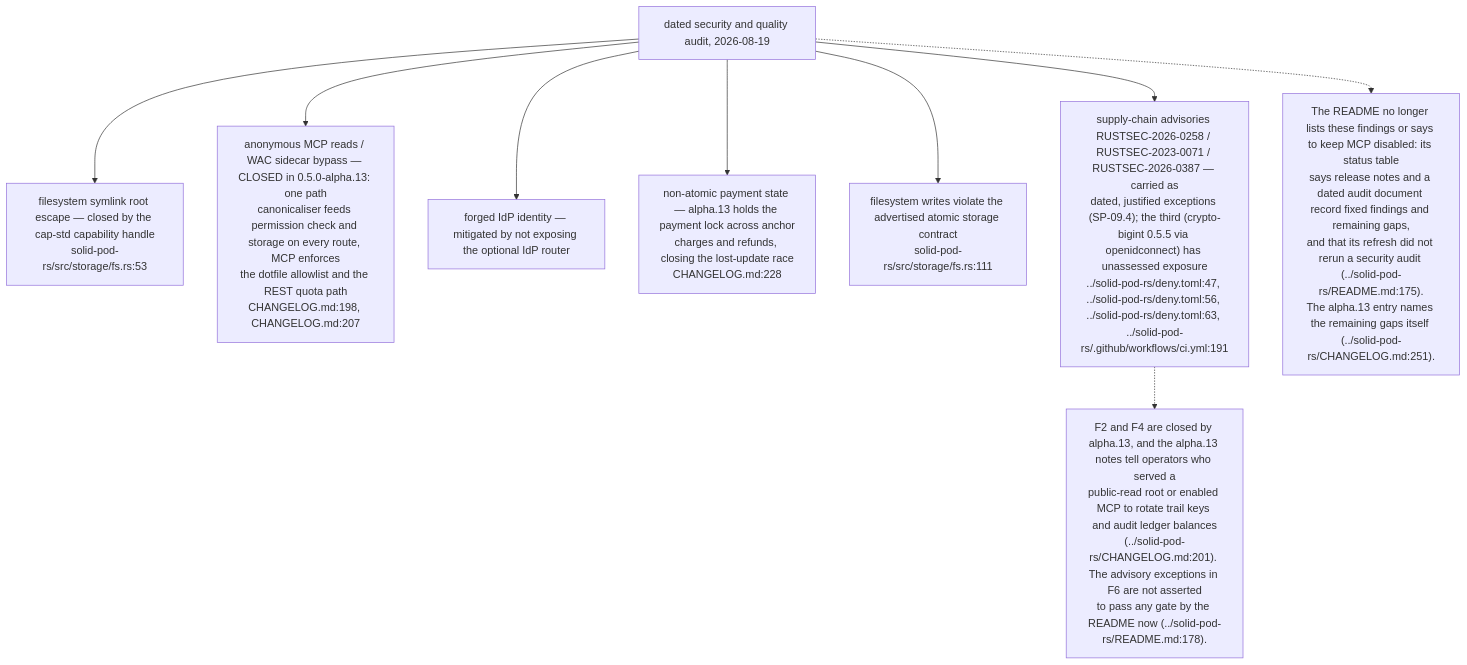
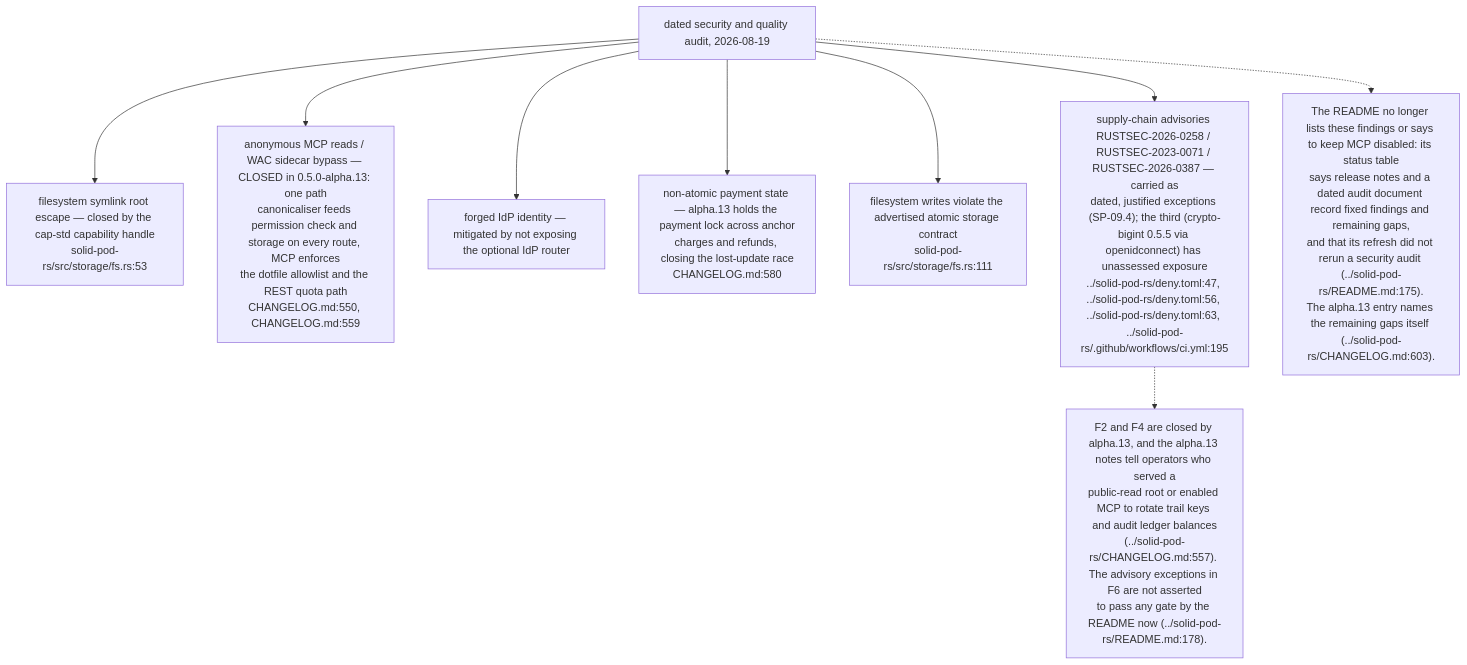
The eighth of 12 diagrams in docs/diagrams/solid-pod-rs/10-failure-modes-and-invariants.md (DreamLab-AI/VisionFlow), drawn with Mermaid before and after one commit. The commit also changed other lines of this file and 47 other files, not shown here.

First line of the commit message:
docs(audit): wave 1 completes Solid, loom and dream-machine; rebinds stale claims

````diff
--- a/docs/diagrams/solid-pod-rs/10-failure-modes-and-invariants.md
+++ b/docs/diagrams/solid-pod-rs/10-failure-modes-and-invariants.md
@@ -227,22 +245,22 @@
 ```mermaid
 flowchart TD
     A["dated security and quality audit, 2026-08-19"]
     F1["filesystem symlink root escape — closed by the cap-std capability handle<br/>solid-pod-rs/src/storage/fs.rs:53"]
-    F2["anonymous MCP reads / WAC sidecar bypass — CLOSED in 0.5.0-alpha.13: one path<br/>canonicaliser feeds permission check and storage on every route, MCP enforces<br/>the dotfile allowlist and the REST quota path<br/>CHANGELOG.md:198, CHANGELOG.md:207"]
+    F2["anonymous MCP reads / WAC sidecar bypass — CLOSED in 0.5.0-alpha.13: one path<br/>canonicaliser feeds permission check and storage on every route, MCP enforces<br/>the dotfile allowlist and the REST quota path<br/>CHANGELOG.md:550, CHANGELOG.md:559"]
     F3["forged IdP identity — mitigated by not exposing the optional IdP router"]
-    F4["non-atomic payment state — alpha.13 holds the payment lock across anchor<br/>charges and refunds, closing the lost-update race<br/>CHANGELOG.md:228"]
+    F4["non-atomic payment state — alpha.13 holds the payment lock across anchor<br/>charges and refunds, closing the lost-update race<br/>CHANGELOG.md:580"]
     F5["filesystem writes violate the advertised atomic storage contract<br/>solid-pod-rs/src/storage/fs.rs:111"]
-    F6["supply-chain advisories RUSTSEC-2026-0258 / RUSTSEC-2023-0071 / RUSTSEC-2026-0387 — carried as<br/>dated, justified exceptions (SP-09.4); the third (crypto-bigint 0.5.5 via openidconnect) has unassessed exposure<br/>../solid-pod-rs/deny.toml:47, ../solid-pod-rs/deny.toml:56, ../solid-pod-rs/deny.toml:63, ../solid-pod-rs/.github/workflows/ci.yml:191"]
+    F6["supply-chain advisories RUSTSEC-2026-0258 / RUSTSEC-2023-0071 / RUSTSEC-2026-0387 — carried as<br/>dated, justified exceptions (SP-09.4); the third (crypto-bigint 0.5.5 via openidconnect) has unassessed exposure<br/>../solid-pod-rs/deny.toml:47, ../solid-pod-rs/deny.toml:56, ../solid-pod-rs/deny.toml:63, ../solid-pod-rs/.github/workflows/ci.yml:195"]
 
     A --> F1
     A --> F2
     A --> F3
     A --> F4
     A --> F5
     A --> F6
 
-    N["The README no longer lists these findings or says to keep MCP disabled: its status table<br/>says release notes and a dated audit document record fixed findings and remaining gaps,<br/>and that its refresh did not rerun a security audit (../solid-pod-rs/README.md:175).<br/>The alpha.13 entry names the remaining gaps itself (../solid-pod-rs/CHANGELOG.md:251)."]
+    N["The README no longer lists these findings or says to keep MCP disabled: its status table<br/>says release notes and a dated audit document record fixed findings and remaining gaps,<br/>and that its refresh did not rerun a security audit (../solid-pod-rs/README.md:175).<br/>The alpha.13 entry names the remaining gaps itself (../solid-pod-rs/CHANGELOG.md:603)."]
     A -.-> N
-    N2["F2 and F4 are closed by alpha.13, and the alpha.13 notes tell operators who served a<br/>public-read root or enabled MCP to rotate trail keys and audit ledger balances<br/>(../solid-pod-rs/CHANGELOG.md:201). The advisory exceptions in F6 are not asserted<br/>to pass any gate by the README now (../solid-pod-rs/README.md:178)."]
+    N2["F2 and F4 are closed by alpha.13, and the alpha.13 notes tell operators who served a<br/>public-read root or enabled MCP to rotate trail keys and audit ledger balances<br/>(../solid-pod-rs/CHANGELOG.md:557). The advisory exceptions in F6 are not asserted<br/>to pass any gate by the README now (../solid-pod-rs/README.md:178)."]
     F6 -.-> N2
 ```
````
